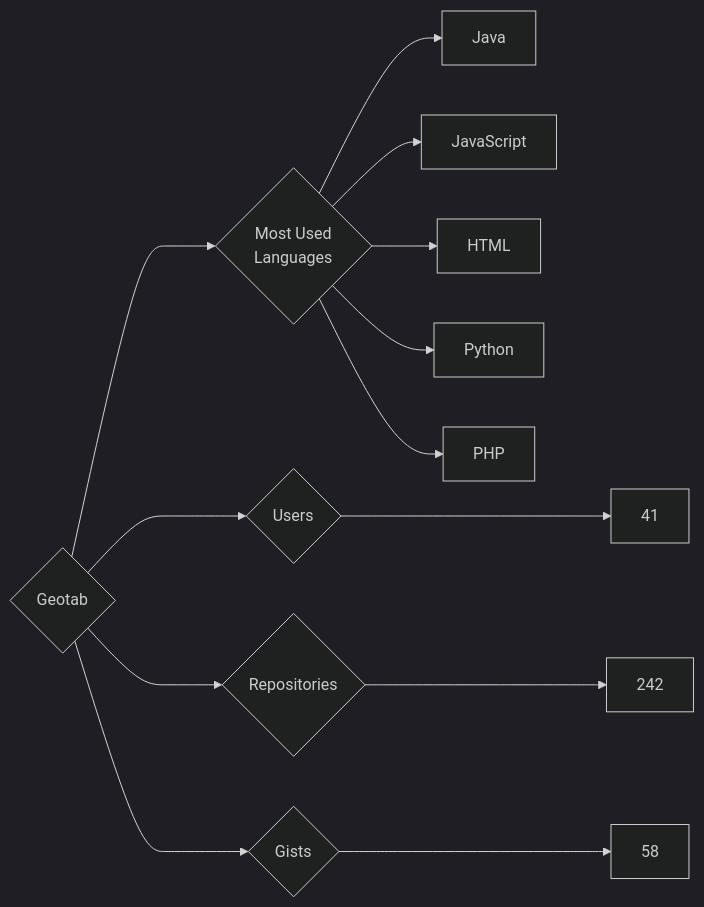
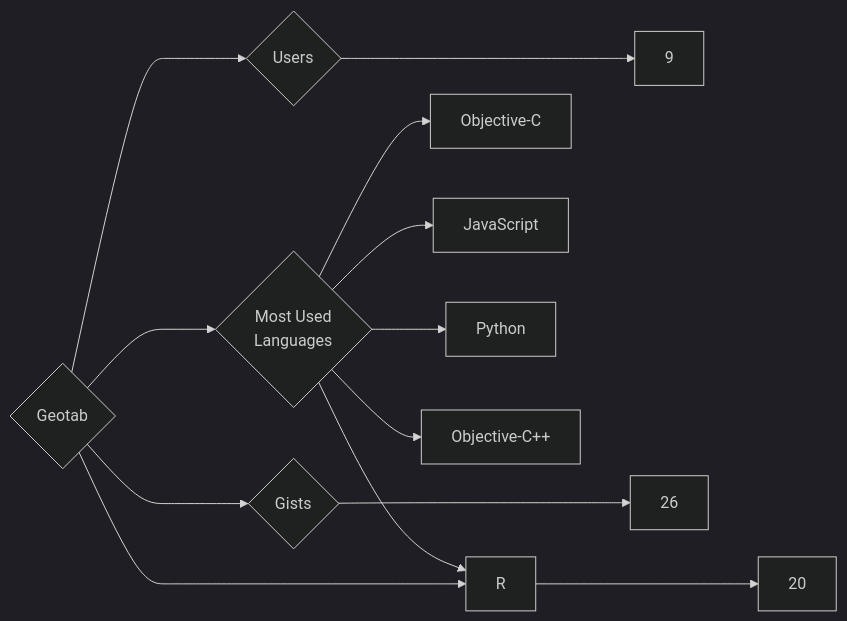
Before and after one commit to trickest/insiders: the diagram in targets/Geotab/README.md, drawn with Mermaid (dark theme). The commit also changed 745 other files, not shown here.

````diff
--- a/targets/Geotab/README.md
+++ b/targets/Geotab/README.md
@@ -3,13 +3,13 @@
 ```mermaid
 graph LR
 COMPANY_NAME{Geotab}
-COMPANY_NAME ---> U{Users} ---> UN[41]
-COMPANY_NAME ---> R{Repositories} ---> RN[242]
-COMPANY_NAME ---> G{Gists} ---> GN[58]
+COMPANY_NAME ---> U{Users} ---> UN[9]
+COMPANY_NAME ---> R{Repositories} ---> RN[20]
+COMPANY_NAME ---> G{Gists} ---> GN[26]
 COMPANY_NAME ---> ML{Most Used<br>Languages}
-ML --> Java[Java]
+ML --> Objective-C[Objective-C]
 ML --> JavaScript[JavaScript]
-ML --> HTML[HTML]
+ML --> R[R]
 ML --> Python[Python]
-ML --> PHP[PHP]
+ML --> Objective-C++[Objective-C++]
 ```
````
